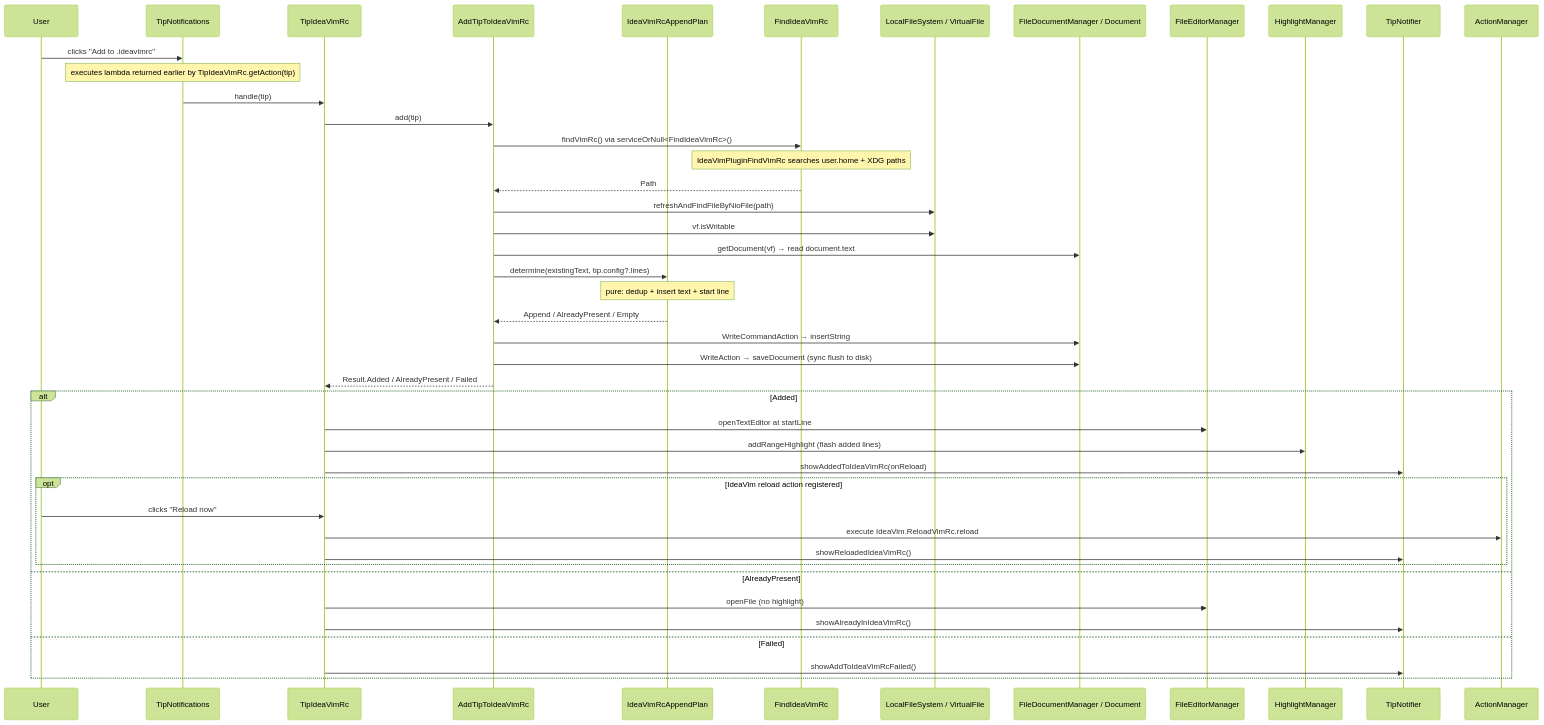
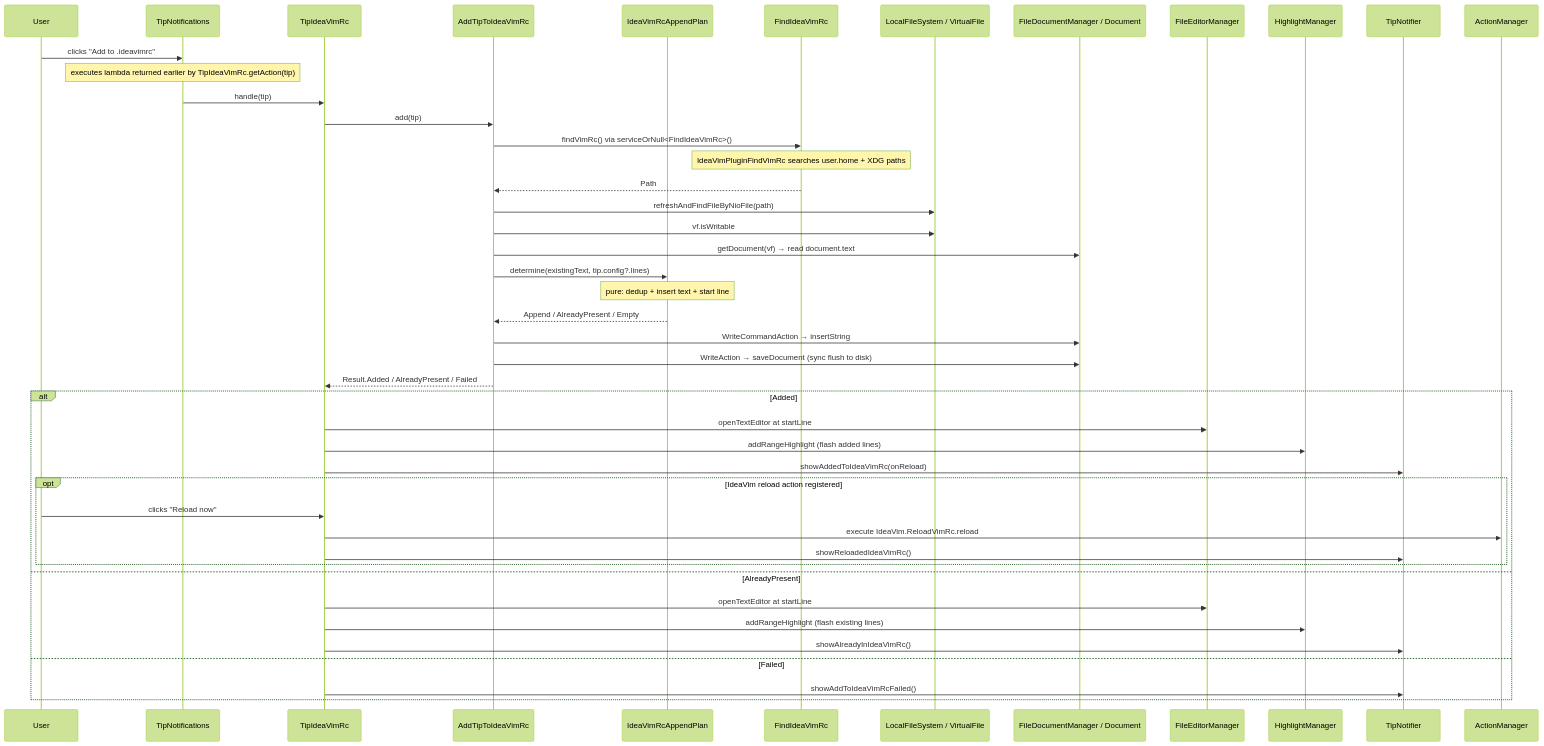
The second of 2 diagrams in docs/features/ideavimrc-button.md (pooryam92/vim-coach), drawn with Mermaid (forest theme) before and after one commit. The commit also changed other lines of this file and 5 other files, not shown here.

````diff
--- a/docs/features/ideavimrc-button.md
+++ b/docs/features/ideavimrc-button.md
@@ -30,48 +30,49 @@
 ```mermaid
 sequenceDiagram
     participant User
     participant TN as TipNotifications
     participant IV as TipIdeaVimRc
     participant ADD as AddTipToIdeaVimRc
     participant PLAN as IdeaVimRcAppendPlan
     participant FIND as FindIdeaVimRc
     participant VFS as LocalFileSystem / VirtualFile
     participant DOC as FileDocumentManager / Document
     participant ED as FileEditorManager
     participant HM as HighlightManager
     participant N as TipNotifier
     participant AM as ActionManager
 
     User->>TN: clicks "Add to .ideavimrc"
     note over TN: executes lambda returned earlier by TipIdeaVimRc.getAction(tip)
     TN->>IV: handle(tip)
     IV->>ADD: add(tip)
     ADD->>FIND: findVimRc() via serviceOrNull<FindIdeaVimRc>()
     note over FIND: IdeaVimPluginFindVimRc searches user.home + XDG paths
     FIND-->>ADD: Path
     ADD->>VFS: refreshAndFindFileByNioFile(path)
     ADD->>VFS: vf.isWritable
     ADD->>DOC: getDocument(vf) → read document.text
     ADD->>PLAN: determine(existingText, tip.config?.lines)
     note over PLAN: pure: dedup + insert text + start line
     PLAN-->>ADD: Append / AlreadyPresent / Empty
     ADD->>DOC: WriteCommandAction → insertString
     ADD->>DOC: WriteAction → saveDocument (sync flush to disk)
     ADD-->>IV: Result.Added / AlreadyPresent / Failed
 
     alt Added
         IV->>ED: openTextEditor at startLine
         IV->>HM: addRangeHighlight (flash added lines)
         IV->>N: showAddedToIdeaVimRc(onReload)
         opt IdeaVim reload action registered
             User->>IV: clicks "Reload now"
             IV->>AM: execute IdeaVim.ReloadVimRc.reload
             IV->>N: showReloadedIdeaVimRc()
         end
     else AlreadyPresent
-        IV->>ED: openFile (no highlight)
+        IV->>ED: openTextEditor at startLine
+        IV->>HM: addRangeHighlight (flash existing lines)
         IV->>N: showAlreadyInIdeaVimRc()
     else Failed
         IV->>N: showAddToIdeaVimRcFailed()
     end
 ```
````
